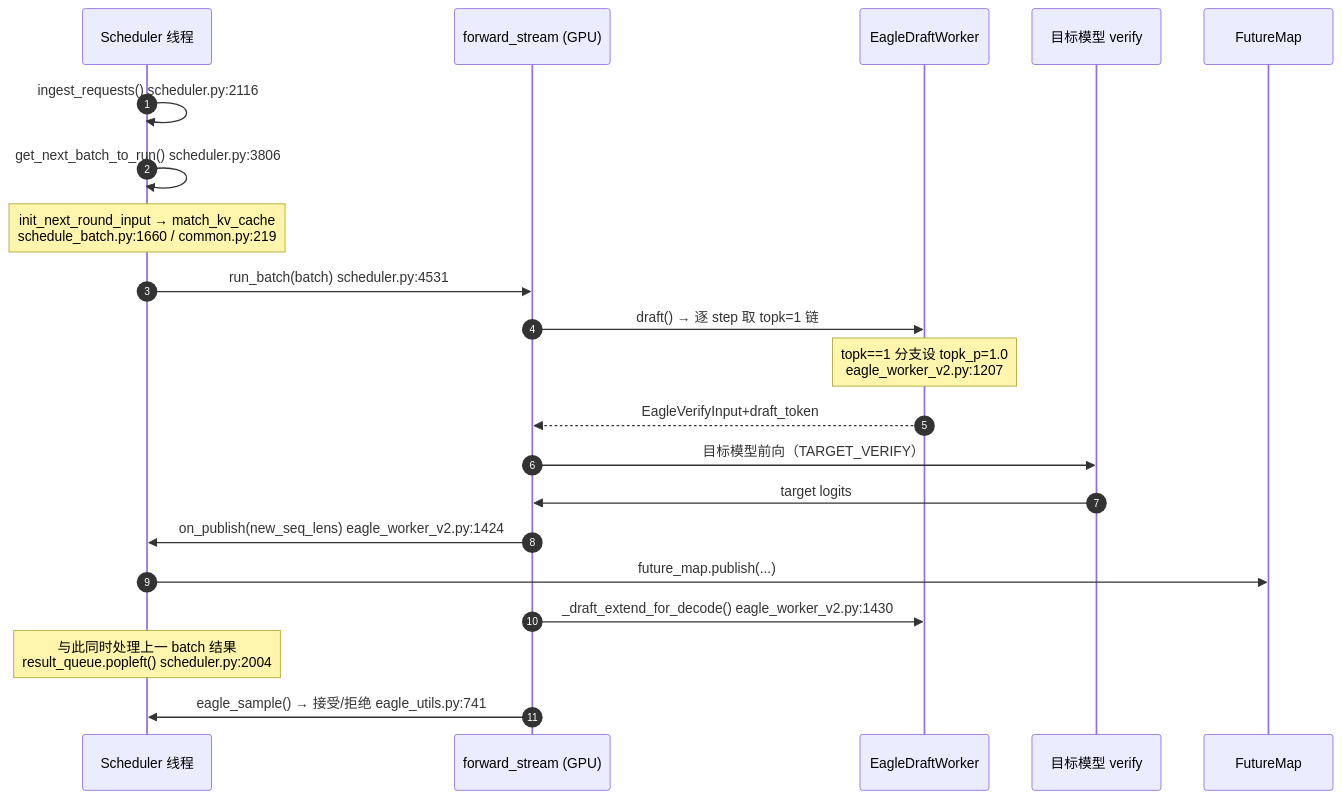
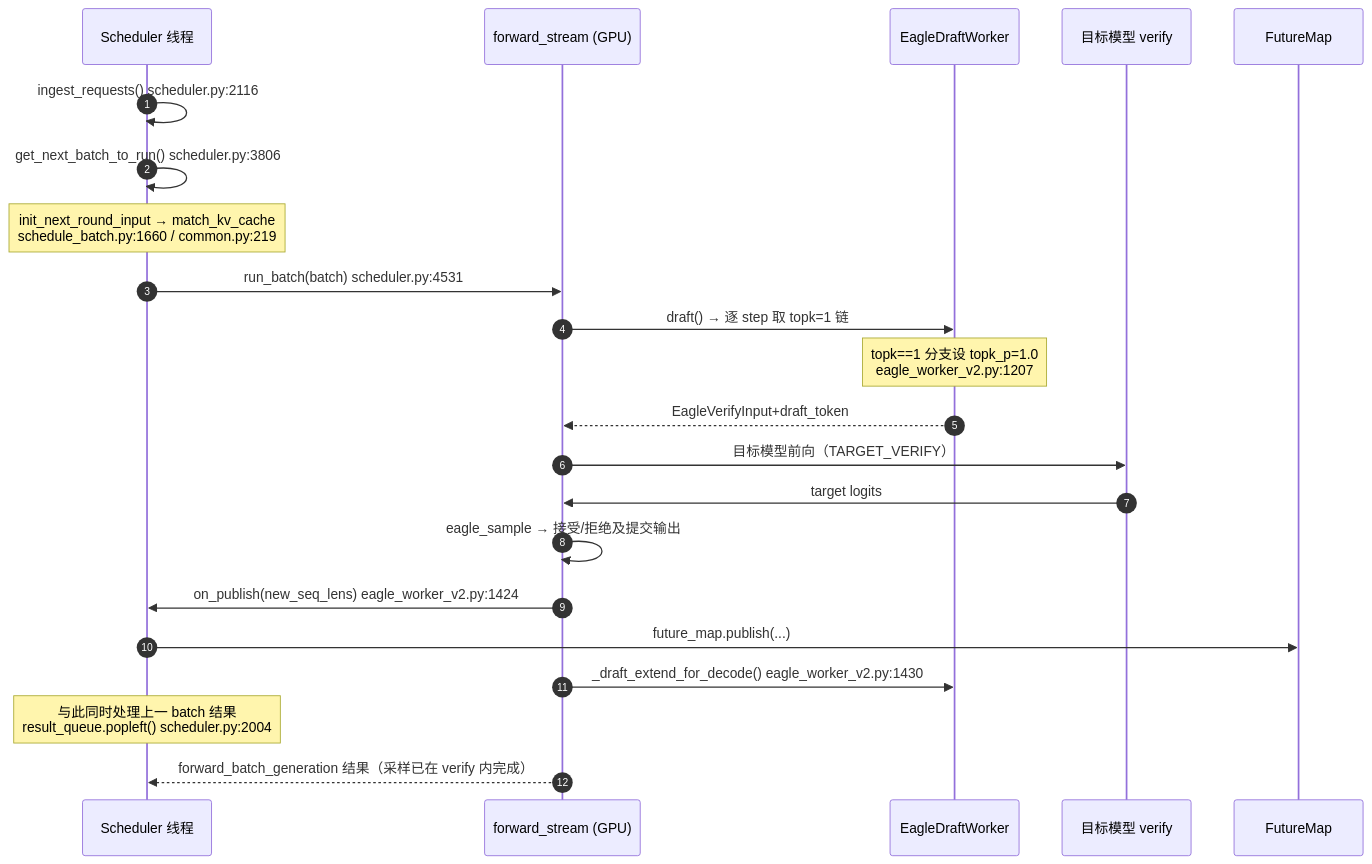
One commit to zhoucanzong/ResearchReport changed the second of 2 diagrams in OpenSource/sglang/report.md. Above: the diagram before and after it, drawn with Mermaid. The commit also changed other lines of this file and 118 other files, not shown here.

````diff
--- a/OpenSource/sglang/report.md
+++ b/OpenSource/sglang/report.md
@@ -168,24 +170,25 @@
 ```mermaid
 sequenceDiagram
     autonumber
     participant S as Scheduler 线程
     participant FS as forward_stream (GPU)
     participant DW as EagleDraftWorker
     participant T as 目标模型 verify
     participant FM as FutureMap
 
     S->>S: ingest_requests() scheduler.py:2116
     S->>S: get_next_batch_to_run() scheduler.py:3806
     Note over S: init_next_round_input → match_kv_cache<br/>schedule_batch.py:1660 / common.py:219
     S->>FS: run_batch(batch) scheduler.py:4531
     FS->>DW: draft() → 逐 step 取 topk=1 链
     Note over DW: topk==1 分支设 topk_p=1.0<br/>eagle_worker_v2.py:1207
     DW-->>FS: EagleVerifyInput+draft_token
     FS->>T: 目标模型前向（TARGET_VERIFY）
     T->>FS: target logits
+    FS->>FS: eagle_sample → 接受/拒绝及提交输出
     FS->>S: on_publish(new_seq_lens) eagle_worker_v2.py:1424
     S->>FM: future_map.publish(...)
     FS->>DW: _draft_extend_for_decode() eagle_worker_v2.py:1430
     Note over S: 与此同时处理上一 batch 结果<br/>result_queue.popleft() scheduler.py:2004
-    FS->>S: eagle_sample() → 接受/拒绝 eagle_utils.py:741
+    FS-->>S: forward_batch_generation 结果（采样已在 verify 内完成）
 ```
````
